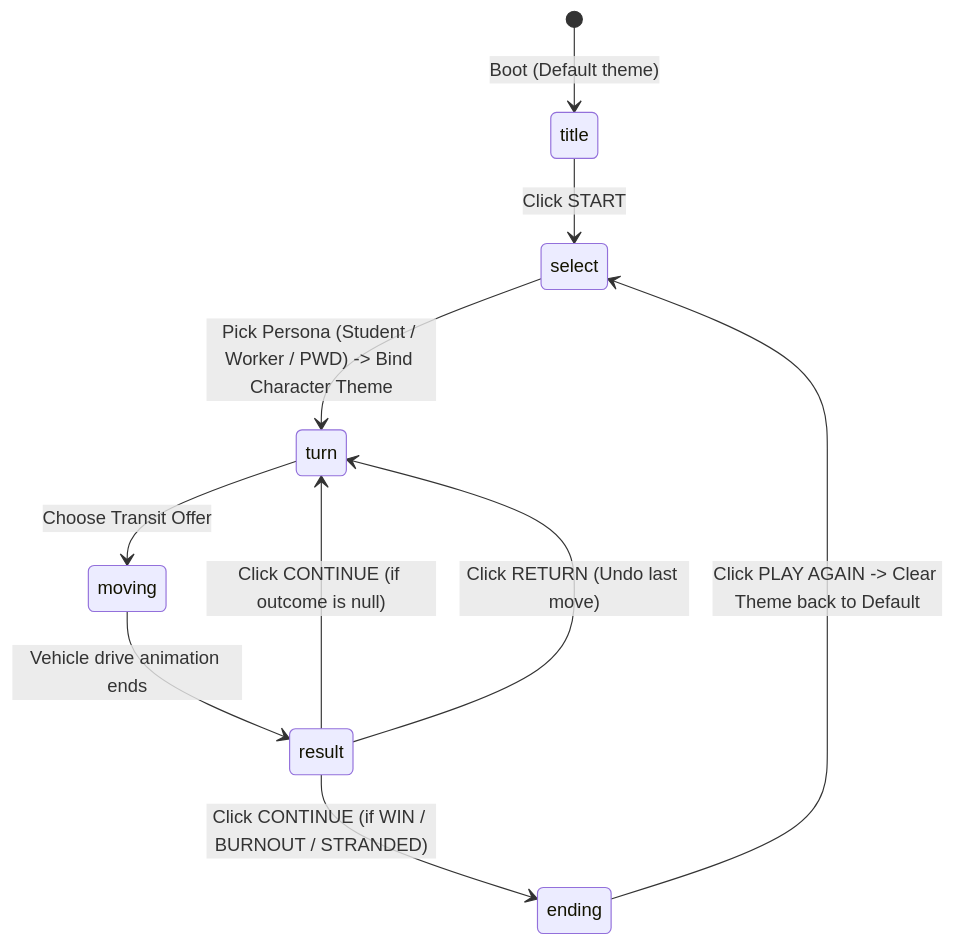
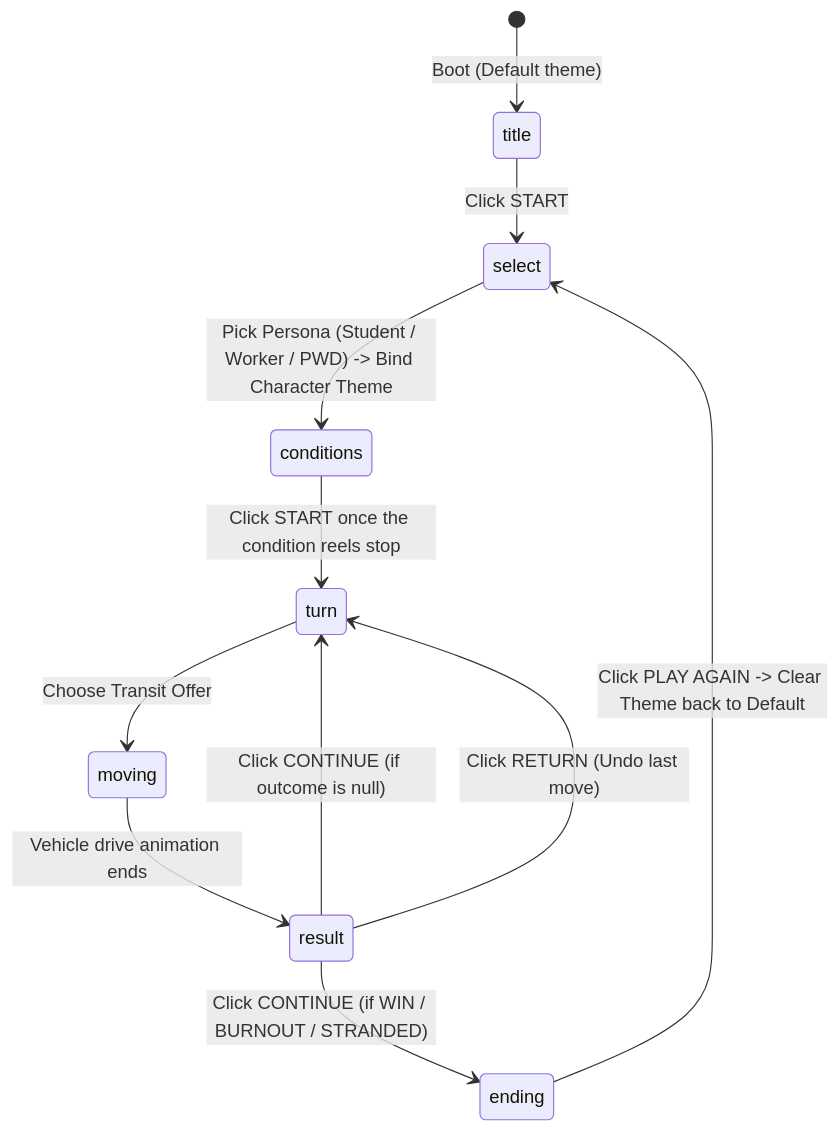
The first of 2 diagrams in docs/DEV_GUIDE.md (Dev-020/socsci1-game), drawn with Mermaid before and after one commit. The commit also changed other lines of this file and 3 other files, not shown here.

````diff
--- a/docs/DEV_GUIDE.md
+++ b/docs/DEV_GUIDE.md
@@ -44,12 +44,13 @@
 ```mermaid
 stateDiagram-v2
     [*] --> title: Boot (Default theme)
     title --> select: Click START
-    select --> turn: Pick Persona (Student / Worker / PWD) -> Bind Character Theme
+    select --> conditions: Pick Persona (Student / Worker / PWD) -> Bind Character Theme
+    conditions --> turn: Click START once the condition reels stop
     turn --> moving: Choose Transit Offer
     moving --> result: Vehicle drive animation ends
     result --> turn: Click CONTINUE (if outcome is null)
     result --> turn: Click RETURN (Undo last move)
     result --> ending: Click CONTINUE (if WIN / BURNOUT / STRANDED)
     ending --> select: Click PLAY AGAIN -> Clear Theme back to Default
 ```
````
